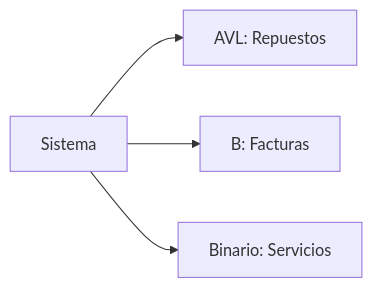
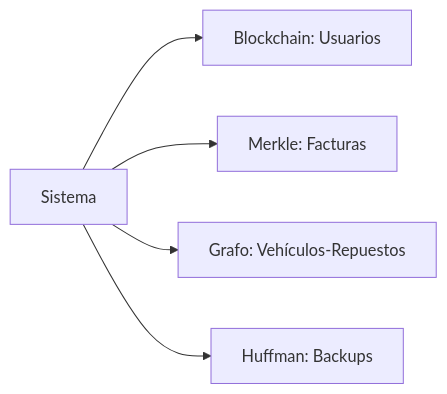
Before and after one commit to marcosbondel/EDD_1S2025_202202410: the first of 7 diagrams in Phase3/docs/dev_manual.md, drawn with Mermaid. The commit also changed other lines of this file, not shown here.

````diff
--- a/Phase3/docs/dev_manual.md
+++ b/Phase3/docs/dev_manual.md
@@ -24,6 +26,7 @@
 ```mermaid
 graph LR
-    S[Sistema] --> AVL[AVL: Repuestos]
-    S --> B[B: Facturas]
-    S --> BI[Binario: Servicios]
+    S[Sistema] --> B[Blockchain: Usuarios]
+    S --> M[Merkle: Facturas]
+    S --> G[Grafo: Vehículos-Repuestos]
+    S --> H[Huffman: Backups]
 ```
````
